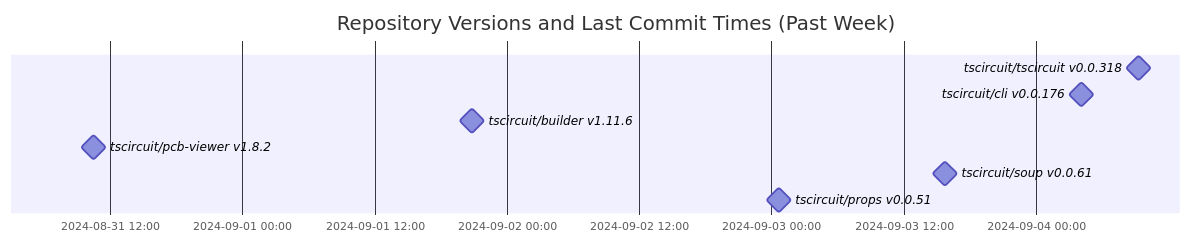
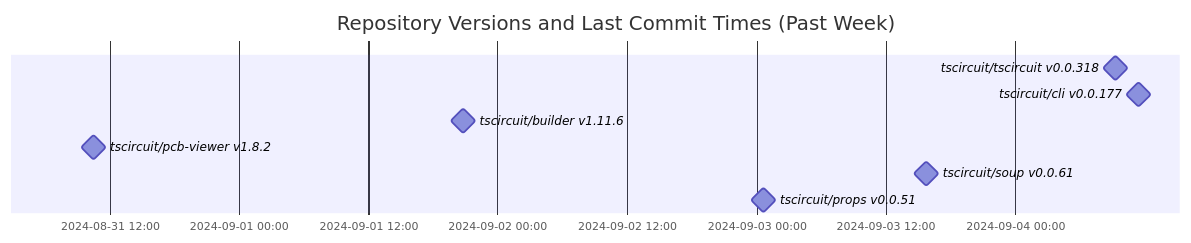
One commit to tscircuit/version-tracker changed the diagram in README.md. Above: the diagram before and after it, drawn with Mermaid.

Commit message:
Update chart

````diff
--- a/README.md
+++ b/README.md
@@ -1,13 +1,13 @@
 ```mermaid
 gantt
   dateFormat  YYYY-MM-DD HH:mm:ss
   title Repository Versions and Last Commit Times (Past Week)
   axisFormat %Y-%m-%d %H:%M
 
   tscircuit/tscircuit v0.0.318 : milestone, 2024-09-04 09:16:13, 1s
-  tscircuit/cli v0.0.176 : milestone, 2024-09-04 04:03:50, 1s
+  tscircuit/cli v0.0.177 : milestone, 2024-09-04 11:27:29, 1s
   tscircuit/builder v1.11.6 : milestone, 2024-09-01 20:47:46, 1s
   tscircuit/pcb-viewer v1.8.2 : milestone, 2024-08-31 10:30:56, 1s
   tscircuit/soup v0.0.61 : milestone, 2024-09-03 15:44:43, 1s
   tscircuit/props v0.0.51 : milestone, 2024-09-03 00:38:45, 1s
 ```
````
